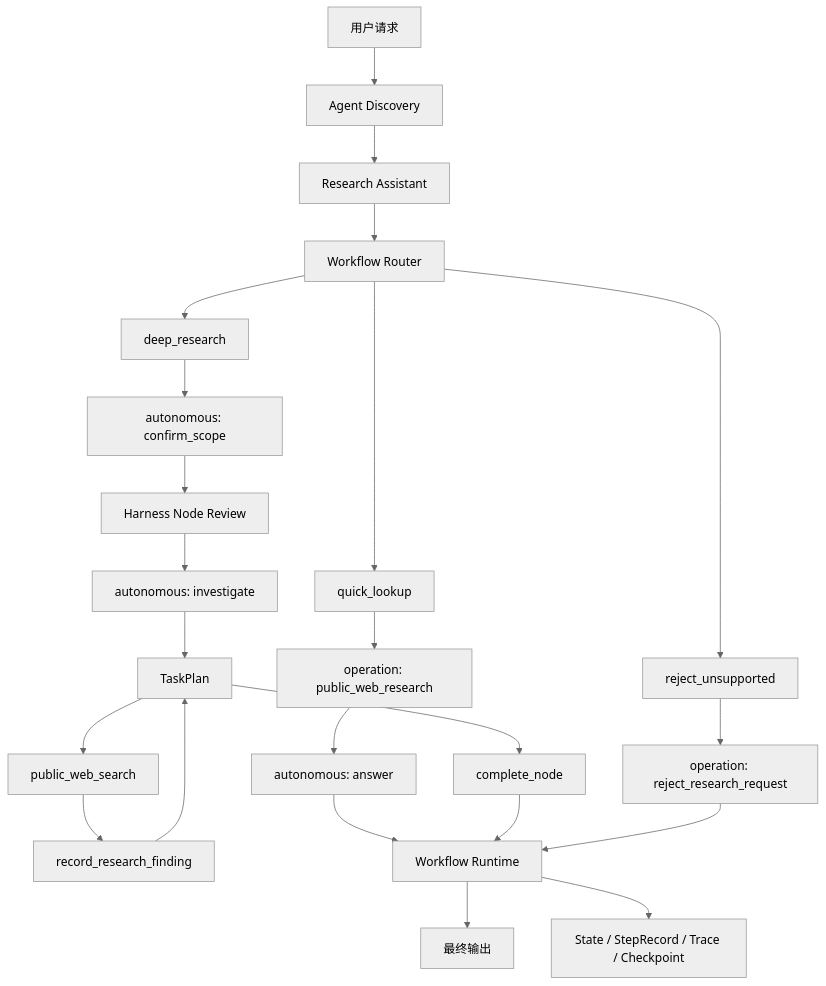
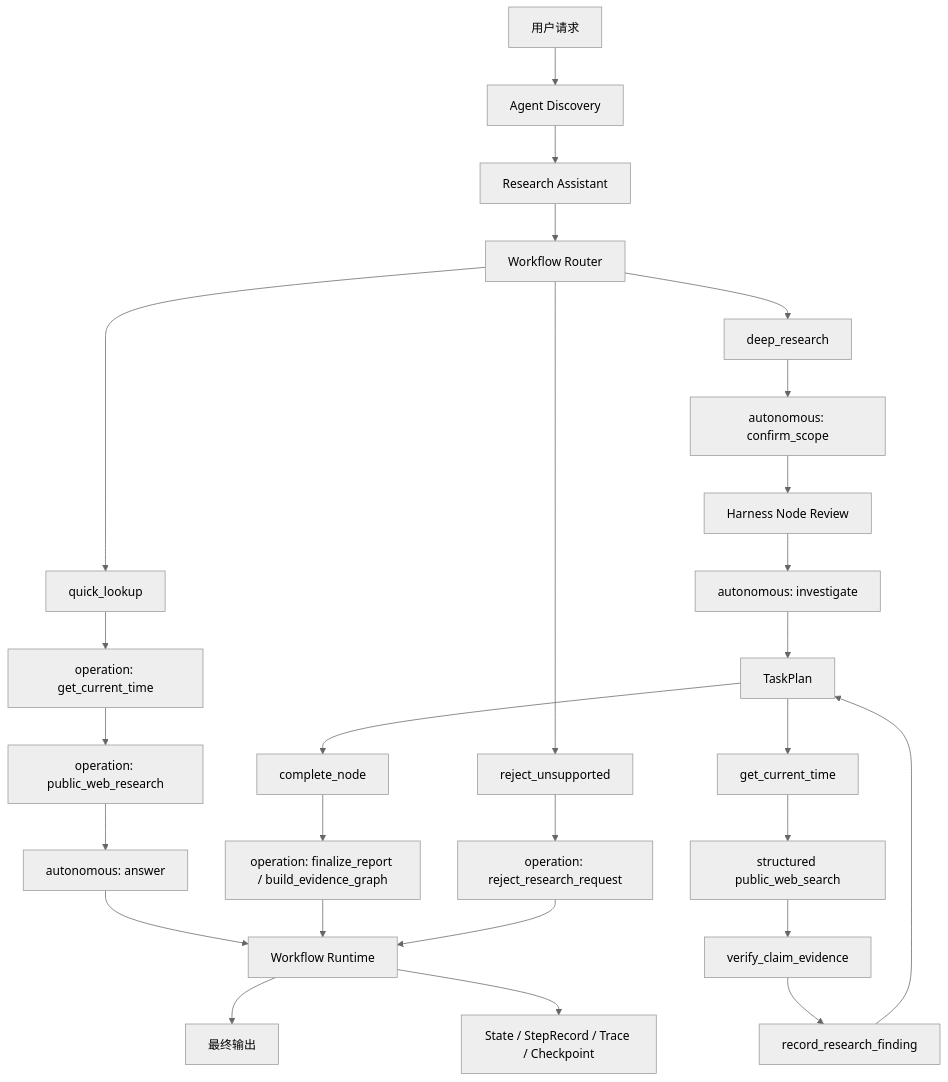
One commit to GaussRieman/modi-harness changed the first of 3 diagrams in docs/architecture/research-assistant.md. Above: the diagram before and after it, drawn with Mermaid (neutral theme). The commit also changed other lines of this file and 25 other files, not shown here.

Commit message:
feat: harden research query and evidence flow

````diff
--- a/docs/architecture/research-assistant.md
+++ b/docs/architecture/research-assistant.md
@@ -53,30 +54,34 @@
 ```mermaid
 flowchart TD
     U[用户请求] --> D[Agent Discovery]
     D --> A[Research Assistant]
     A --> R[Workflow Router]
 
     R --> Q[quick_lookup]
     R --> X[deep_research]
     R --> J[reject_unsupported]
 
-    Q --> Q1[operation: public_web_research]
+    Q --> QT[operation: get_current_time]
+    QT --> Q1[operation: public_web_research]
     Q1 --> Q2[autonomous: answer]
 
     X --> X1[autonomous: confirm_scope]
     X1 --> H[Harness Node Review]
     H --> X2[autonomous: investigate]
     X2 --> P[TaskPlan]
-    P --> S[public_web_search]
-    S --> F[record_research_finding]
+    P --> N[get_current_time]
+    N --> S[structured public_web_search]
+    S --> V[verify_claim_evidence]
+    V --> F[record_research_finding]
     F --> P
     P --> C[complete_node]
+    C --> Z[operation: finalize_report / build_evidence_graph]
 
     J --> J1[operation: reject_research_request]
 
     Q2 --> WR[Workflow Runtime]
-    C --> WR
+    Z --> WR
     J1 --> WR
     WR --> O[最终输出]
     WR --> T[State / StepRecord / Trace / Checkpoint]
 ```
````
